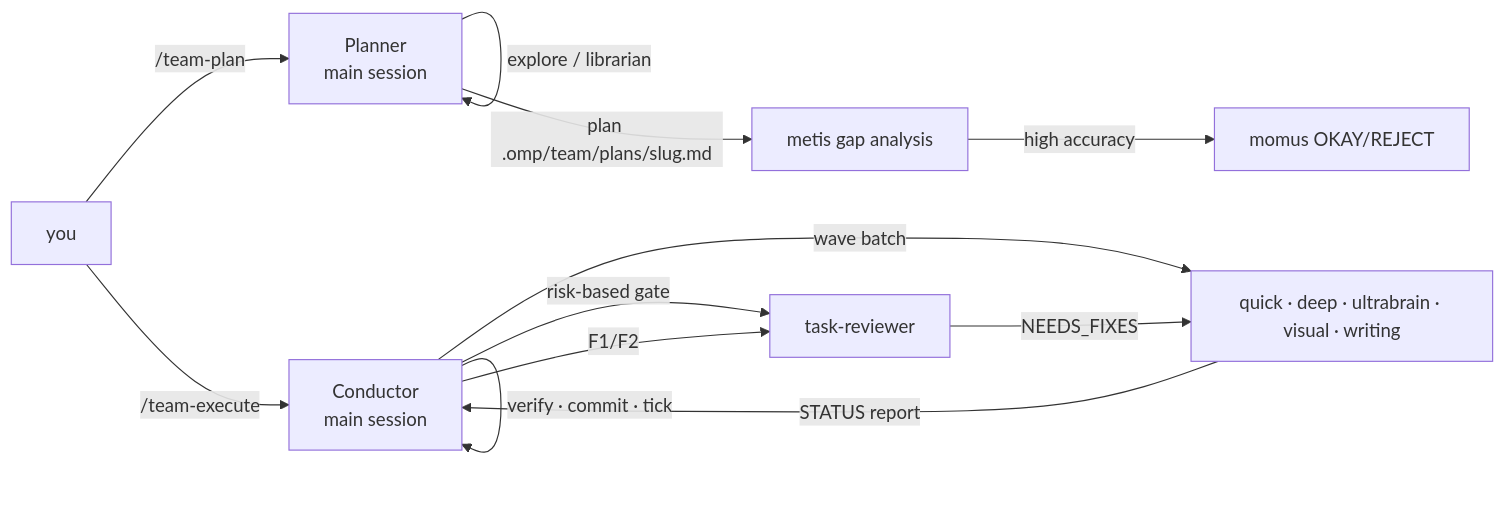
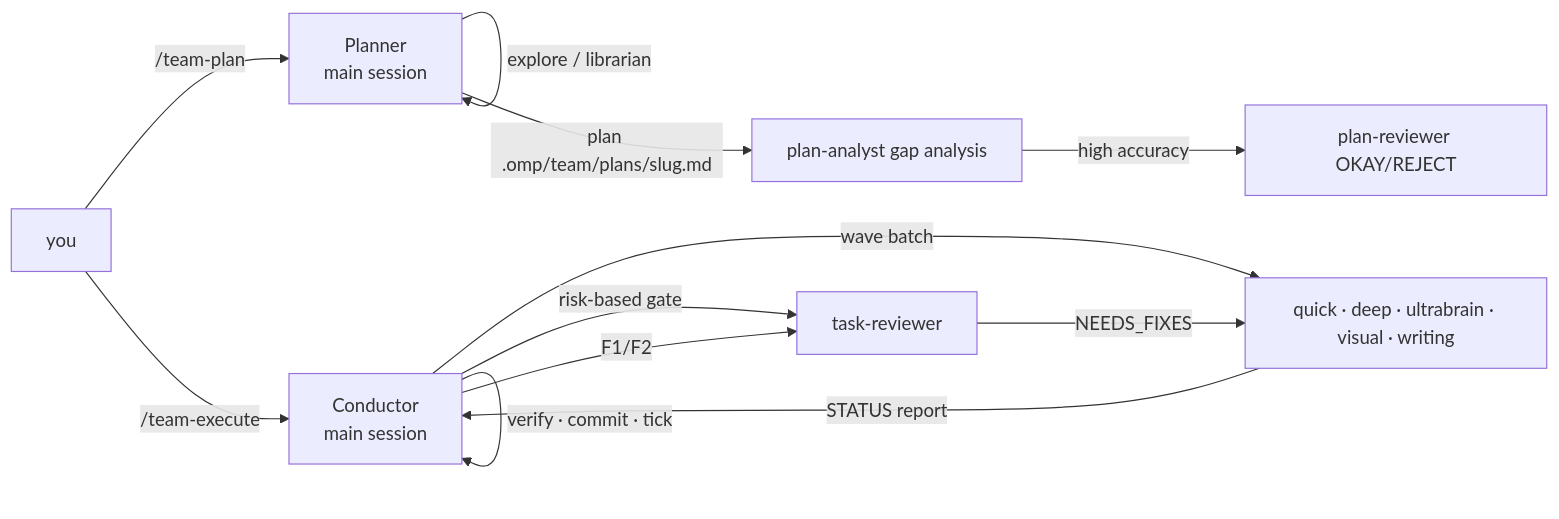
One commit to RieGan/riegan-omp-plugins changed the diagram in plugins/omp-multi-agent/README.md. Above: the diagram before and after it, drawn with Mermaid. The commit also changed other lines of this file and 15 other files, not shown here.

````diff
--- a/plugins/omp-multi-agent/README.md
+++ b/plugins/omp-multi-agent/README.md
@@ -5,14 +5,14 @@
 ```mermaid
 flowchart LR
   U[you] -->|/team-plan| P[Planner<br/>main session]
   P -->|explore / librarian| P
-  P -->|plan .omp/team/plans/slug.md| M[metis gap analysis]
-  M -->|high accuracy| MO[momus OKAY/REJECT]
+  P -->|plan .omp/team/plans/slug.md| M[plan-analyst gap analysis]
+  M -->|high accuracy| MO[plan-reviewer OKAY/REJECT]
   U -->|/team-execute| C[Conductor<br/>main session]
   C -->|wave batch| W[quick · deep · ultrabrain · visual · writing]
   W -->|STATUS report| C
   C -->|risk-based gate| R[task-reviewer]
   R -->|NEEDS_FIXES| W
   C -->|verify · commit · tick| C
   C -->|F1/F2| R
 ```
````
